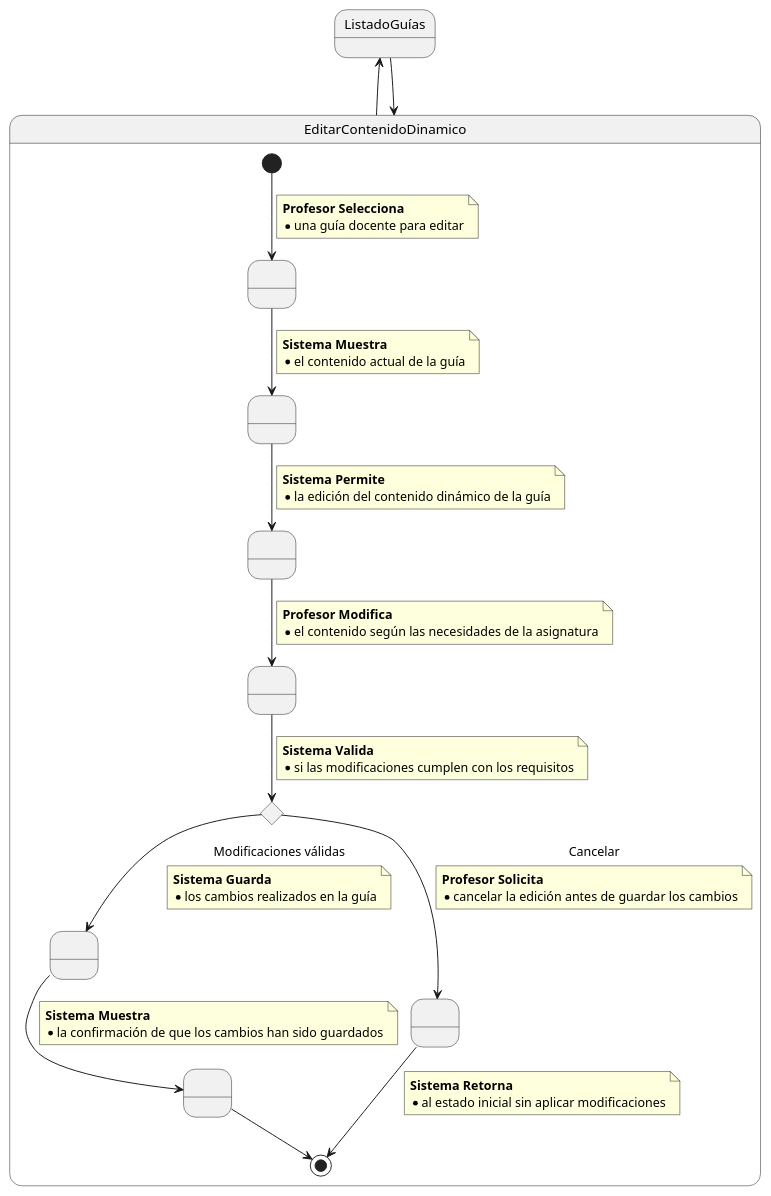
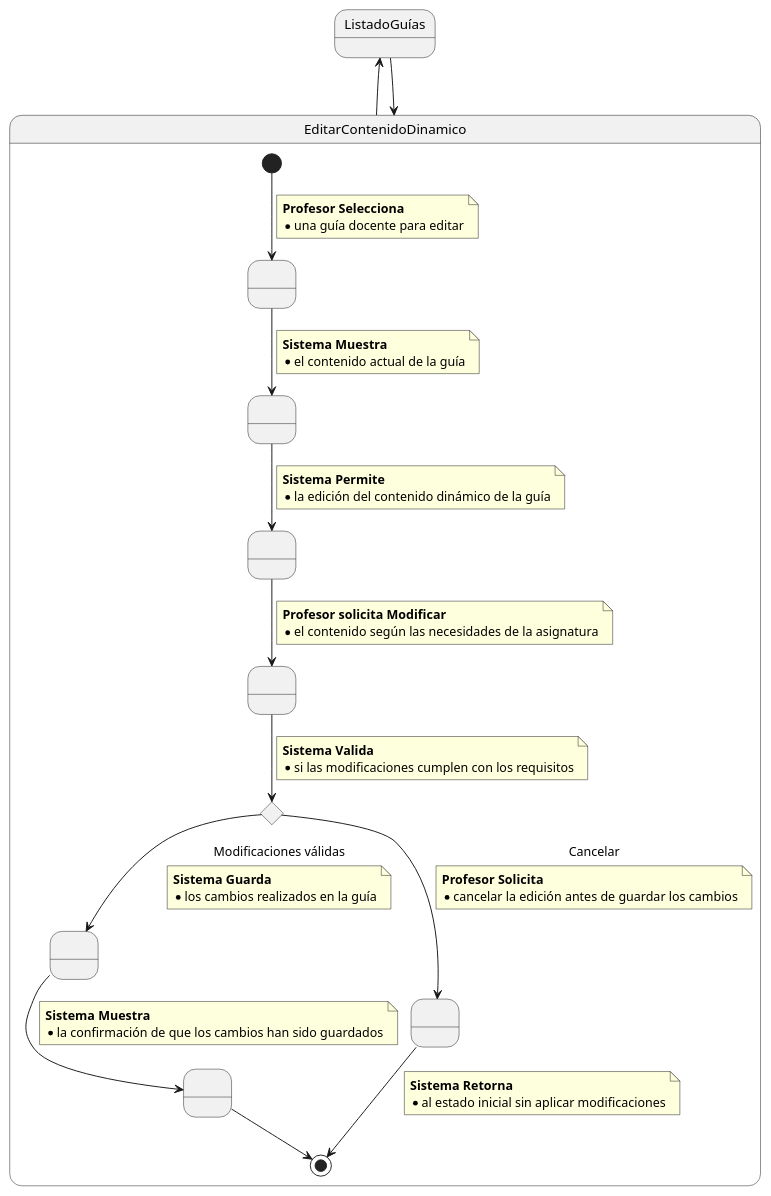
The diagram in CasosDeUso/Actividades/Detallados/EditarContenidoDinamicoGD.puml (mmasias/24-25-IdSw1-SDR), drawn with PlantUML before and after one commit. The commit also changed 4 other files, not shown here.

```diff
--- a/CasosDeUso/Actividades/Detallados/EditarContenidoDinamicoGD.puml
+++ b/CasosDeUso/Actividades/Detallados/EditarContenidoDinamicoGD.puml
@@ -1,72 +1,72 @@
 @startuml
 ListadoGuías -up-> EditarContenidoDinamico
 
 state EditarContenidoDinamico {
     state SeleccionarGuía as " "
     state MostrarContenido as " "
     state PermitirEdición as " "
     state ModificarContenido as " "
     state ValidarModificaciones <<choice>>
     state GuardarCambios as " "
     state MostrarConfirmación as " "
     state PermitirCancelación as " "
 
     [*] --> SeleccionarGuía
     note on link
     <b>Profesor Selecciona</b>
     * una guía docente para editar
     end note
 
     SeleccionarGuía --> MostrarContenido
     note on link
     <b>Sistema Muestra</b>
     * el contenido actual de la guía
     end note
 
     MostrarContenido --> PermitirEdición
     note on link
     <b>Sistema Permite</b>
     * la edición del contenido dinámico de la guía
     end note
 
     PermitirEdición --> ModificarContenido
     note on link
-    <b>Profesor Modifica</b>
+    <b>Profesor solicita Modificar</b>
     * el contenido según las necesidades de la asignatura
     end note
 
     ModificarContenido --> ValidarModificaciones
     note on link
     <b>Sistema Valida</b>
     * si las modificaciones cumplen con los requisitos
     end note
 
     ValidarModificaciones --> GuardarCambios : Modificaciones válidas
     note on link
     <b>Sistema Guarda</b>
     * los cambios realizados en la guía
     end note
 
     GuardarCambios --> MostrarConfirmación
     note on link
     <b>Sistema Muestra</b>
     * la confirmación de que los cambios han sido guardados
     end note
 
     ValidarModificaciones --> PermitirCancelación : Cancelar
     note on link
     <b>Profesor Solicita</b>
     * cancelar la edición antes de guardar los cambios
     end note
 
     PermitirCancelación --> [*]
     note on link
     <b>Sistema Retorna</b>
     * al estado inicial sin aplicar modificaciones
     end note
 
     MostrarConfirmación --> [*]
 }
 
 EditarContenidoDinamico -up-> ListadoGuías
 @enduml
```
